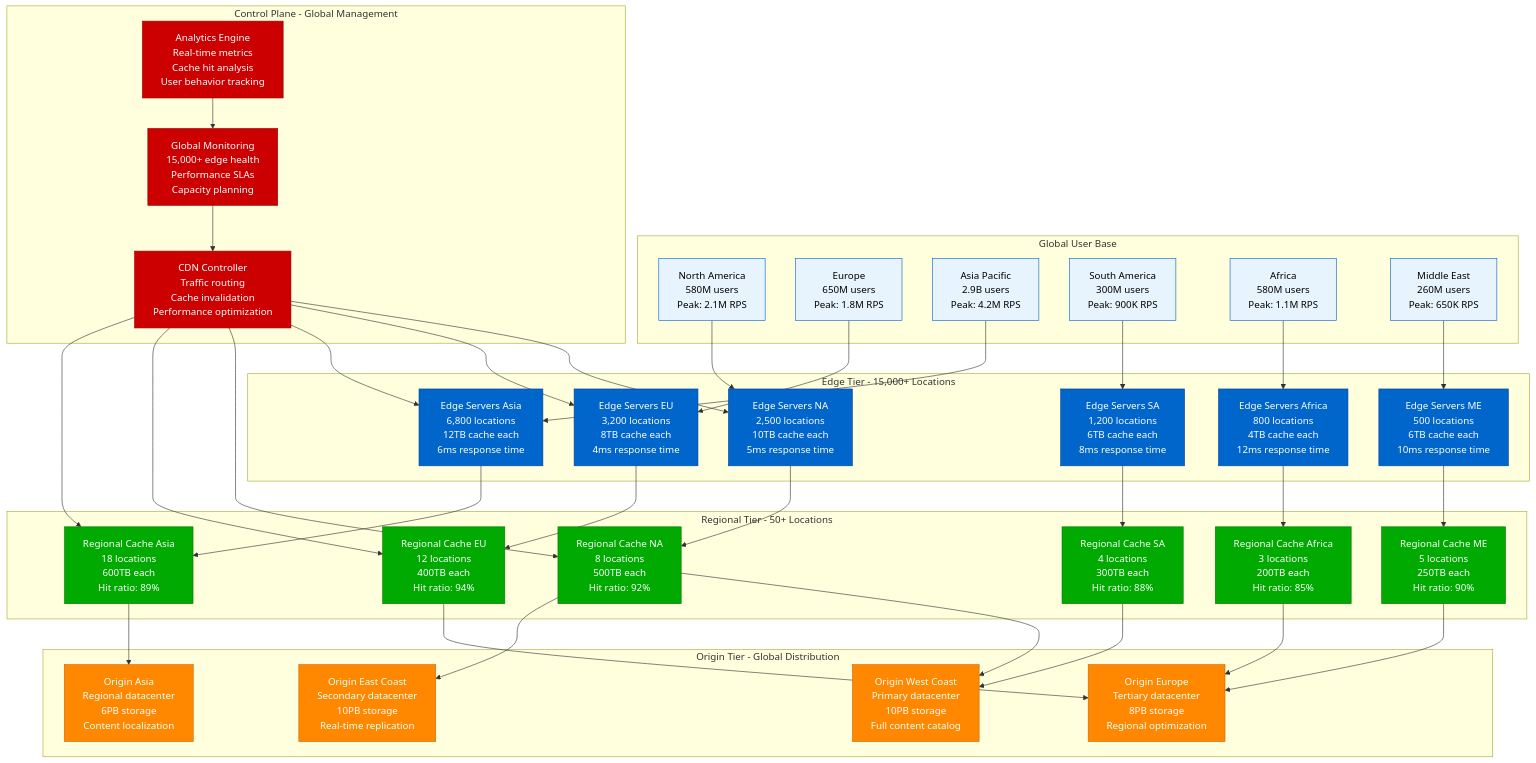
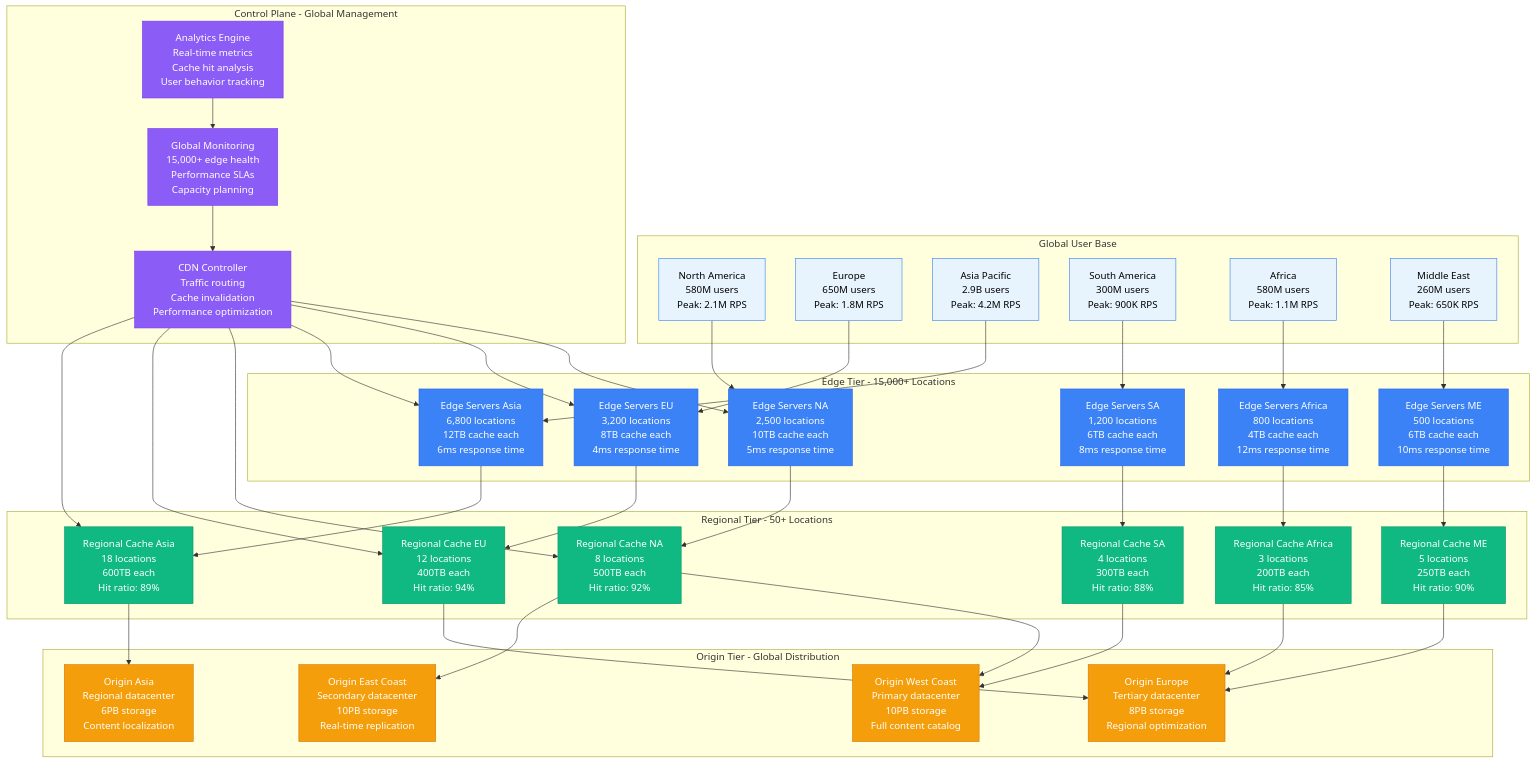
One commit to deepaucksharma/DS changed the first of 2 diagrams in site/docs/capacity/cdn-global-capacity-planning.md. Above: the diagram before and after it, drawn with Mermaid. The commit also changed other lines of this file and 187 other files, not shown here.

```diff
--- a/site/docs/capacity/cdn-global-capacity-planning.md
+++ b/site/docs/capacity/cdn-global-capacity-planning.md
@@ -515,11 +515,11 @@
     MONITORING --> CDN_CONTROLLER
 
     %% Apply four-plane colors
-    classDef userStyle fill:#E8F4FD,stroke:#0066CC,color:#000
-    classDef edgeStyle fill:#0066CC,stroke:#004499,color:#fff
-    classDef regionalStyle fill:#00AA00,stroke:#007700,color:#fff
-    classDef originStyle fill:#FF8800,stroke:#CC6600,color:#fff
-    classDef controlStyle fill:#CC0000,stroke:#990000,color:#fff
+    classDef userStyle fill:#E8F4FD,stroke:#3B82F6,color:#000
+    classDef edgeStyle fill:#3B82F6,stroke:#2563EB,color:#fff
+    classDef regionalStyle fill:#10B981,stroke:#059669,color:#fff
+    classDef originStyle fill:#F59E0B,stroke:#D97706,color:#fff
+    classDef controlStyle fill:#8B5CF6,stroke:#7C3AED,color:#fff
 
     class NA_USERS,EU_USERS,ASIA_USERS,SA_USERS,AF_USERS,ME_USERS userStyle
     class EDGE_NA,EDGE_EU,EDGE_ASIA,EDGE_SA,EDGE_AF,EDGE_ME edgeStyle
```
